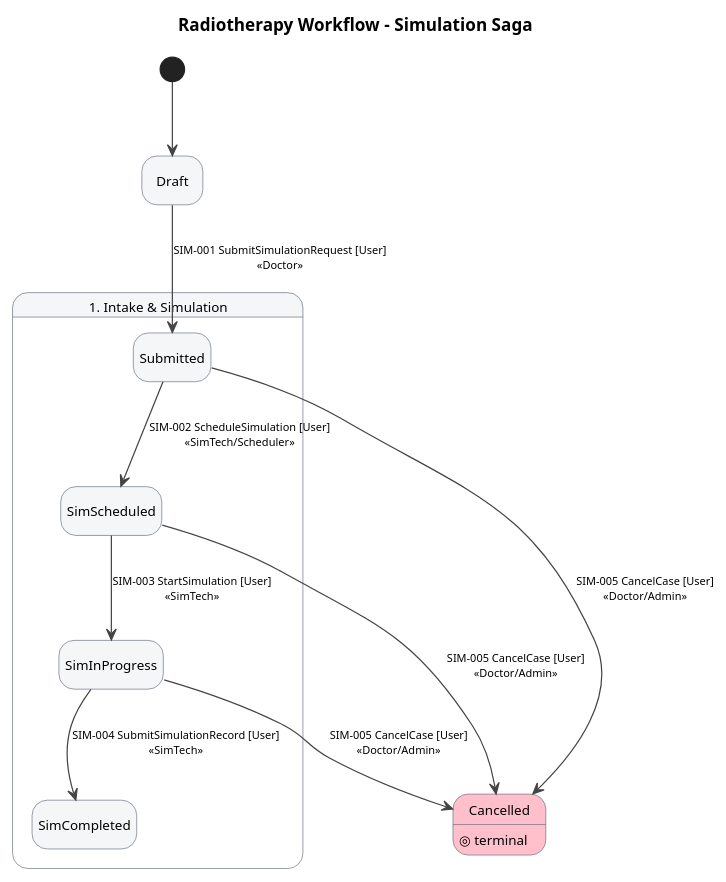
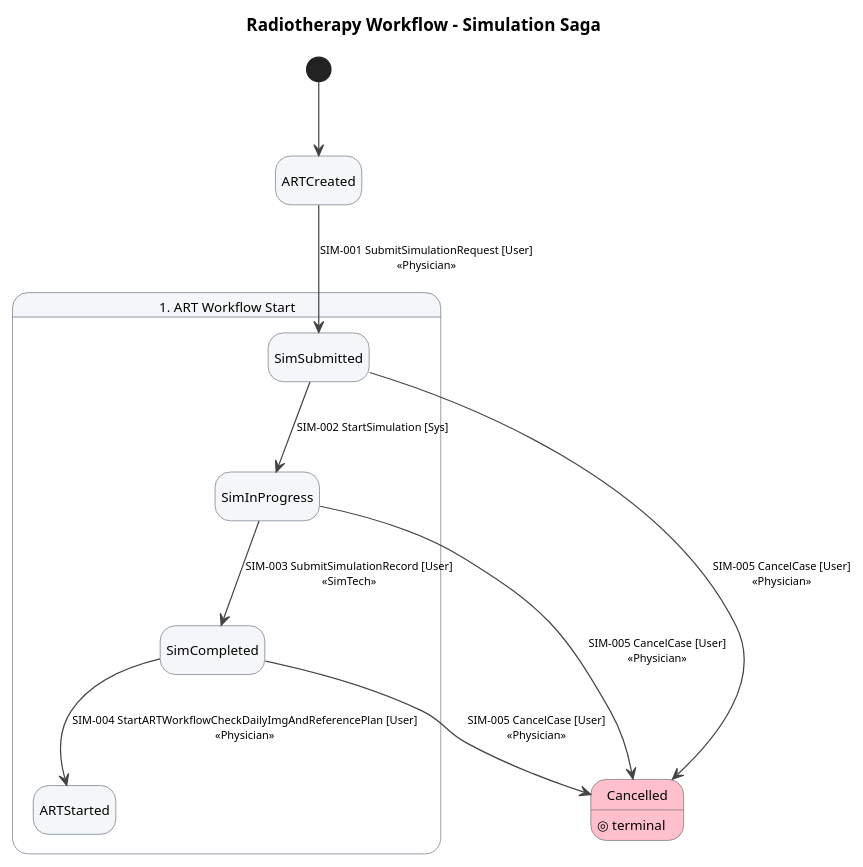
Before and after one commit to daniel-robot/wfmgr: the diagram in docs/workflow/generated/simulation-saga.puml, drawn with PlantUML. The commit also changed 2 other files, not shown here.

Commit message:
update workflow sim/contour

```diff
--- a/docs/workflow/generated/simulation-saga.puml
+++ b/docs/workflow/generated/simulation-saga.puml
@@ -1,39 +1,37 @@
 @startuml
 title Radiotherapy Workflow – Simulation Saga
 
 hide empty description
 
 skinparam DefaultFontName Arial
 skinparam Shadowing false
 skinparam ArrowColor #444444
 skinparam state {
   BackgroundColor #F4F6F8
   BorderColor #5A6473
   FontSize 11
   ArrowFontSize 9
   ArrowColor #444444
 }
 
-[*] --> Draft
+[*] --> ARTCreated
 
-state "1. Intake & Simulation" as SIM {
-  state Draft
-  state Submitted
-  state SimScheduled
+state "1. ART Workflow Start" as SIM {
+  state ARTCreated
+  state SimSubmitted
   state SimInProgress
   state SimCompleted
+  state ARTStarted
 }
 
 state Cancelled #FFC0CB : ◎ terminal
 
 ' ─── Transitions ─────────────────────────
-Draft --> Submitted : SIM-001 SubmitSimulationRequest [User]\n«Doctor»
-Submitted --> SimScheduled : SIM-002 ScheduleSimulation [User]\n«SimTech/Scheduler»
-SimScheduled --> SimInProgress : SIM-003 StartSimulation [User]\n«SimTech»
-SimInProgress --> SimCompleted : SIM-004 SubmitSimulationRecord [User]\n«SimTech»
-Submitted --> Cancelled : SIM-005 CancelCase [User]\n«Doctor/Admin»
-SimScheduled --> Cancelled : SIM-005 CancelCase [User]\n«Doctor/Admin»
-SimInProgress --> Cancelled : SIM-005 CancelCase [User]\n«Doctor/Admin»
-
-
+ARTCreated--> SimSubmitted: SIM-001 SubmitSimulationRequest [User]\n«Physician»
+SimSubmitted--> SimInProgress : SIM-002 StartSimulation [Sys]
+SimInProgress --> SimCompleted : SIM-003 SubmitSimulationRecord [User]\n«SimTech»
+SimCompleted --> ARTStarted: SIM-004 StartARTWorkflowCheckDailyImgAndReferencePlan [User]\n«Physician»
+SimSubmitted--> Cancelled : SIM-005 CancelCase [User]\n«Physician»
+SimInProgress --> Cancelled : SIM-005 CancelCase [User]\n«Physician»
+SimCompleted --> Cancelled : SIM-005 CancelCase [User]\n«Physician»
 @enduml
```
